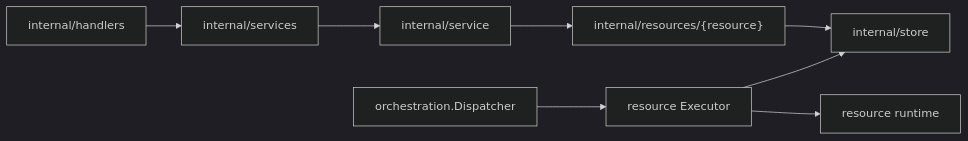
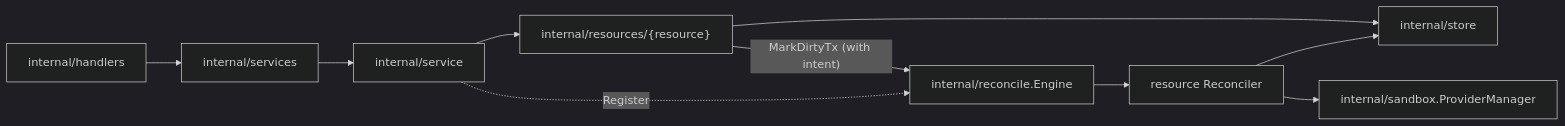
One commit to discobox-ai/discobox changed the diagram in server/internal/resources/DESIGN.md. Above: the diagram before and after it, drawn with Mermaid (dark theme). The commit also changed other lines of this file and 37 other files, not shown here.

````diff
--- a/server/internal/resources/DESIGN.md
+++ b/server/internal/resources/DESIGN.md
@@ -9,10 +26,12 @@
 ```mermaid
 flowchart LR
     handlers[internal/handlers] --> contracts[internal/services]
     contracts --> service[internal/service]
     service --> resources["internal/resources/{resource}"]
-    dispatcher[orchestration.Dispatcher] --> executor[resource Executor]
-    executor --> store[internal/store]
-    executor --> runtime[resource runtime]
-    resources --> store[internal/store]
+    service -. Register .-> engine[internal/reconcile.Engine]
+    resources -- "MarkDirtyTx (with intent)" --> engine
+    engine --> reconciler["resource Reconciler"]
+    reconciler --> store[internal/store]
+    reconciler --> runtime["internal/sandbox.ProviderManager"]
+    resources --> store
 ```
````
